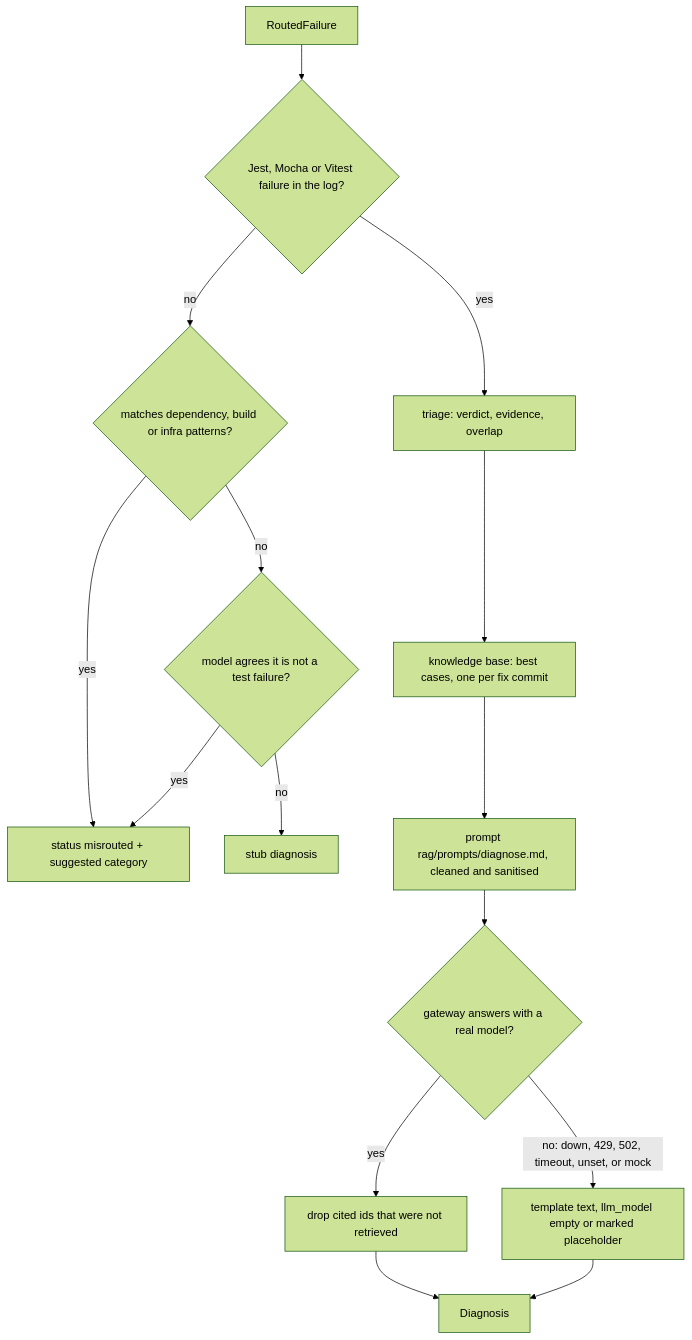
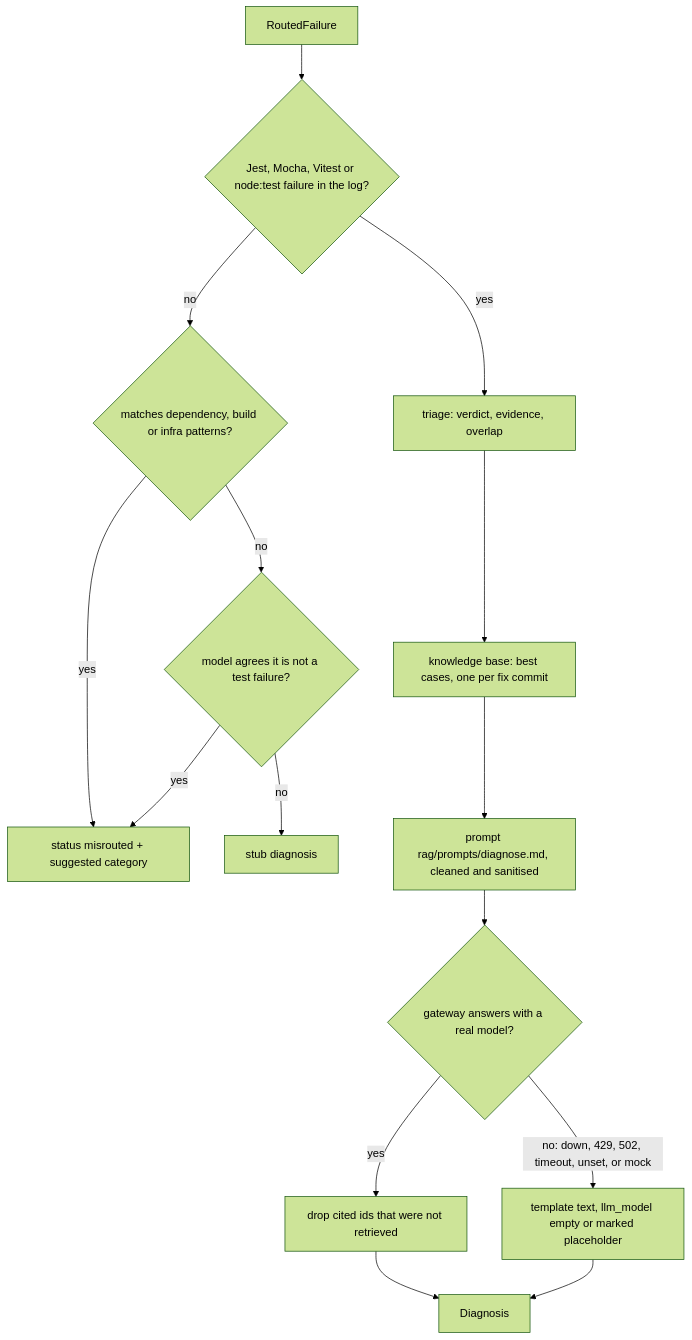
The second of 2 diagrams in experts/testing/README.md (PrasadWijesinghe/Final_Research), drawn with Mermaid (forest theme) before and after one commit. The commit also changed other lines of this file and 16 other files, not shown here.

Commit message:
feat(testing): parse Node's built-in test runner (node:test) TAP and spec output

````diff
--- a/experts/testing/README.md
+++ b/experts/testing/README.md
@@ -438,17 +438,17 @@
 ```mermaid
 flowchart TD
-    F[RoutedFailure] --> L{Jest, Mocha or Vitest failure in the log?}
+    F[RoutedFailure] --> L{Jest, Mocha, Vitest or node:test failure in the log?}
     L -- no --> P{matches dependency, build or infra patterns?}
     P -- yes --> M[status misrouted + suggested category]
     P -- no --> Q{model agrees it is not a test failure?}
     Q -- yes --> M
     Q -- no --> S[stub diagnosis]
     L -- yes --> T[triage: verdict, evidence, overlap]
     T --> K[knowledge base: best cases, one per fix commit]
     K --> R[prompt rag/prompts/diagnose.md, cleaned and sanitised]
     R --> G{gateway answers with a real model?}
     G -- yes --> C[drop cited ids that were not retrieved]
     G -- "no: down, 429, 502, timeout, unset, or mock" --> D[template text, llm_model empty or marked placeholder]
     C --> X[Diagnosis]
     D --> X
 ```
````
